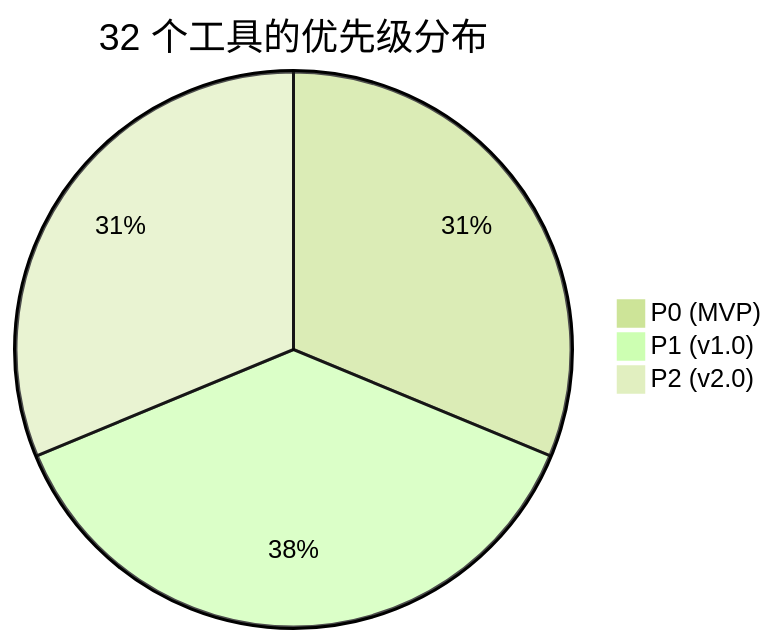
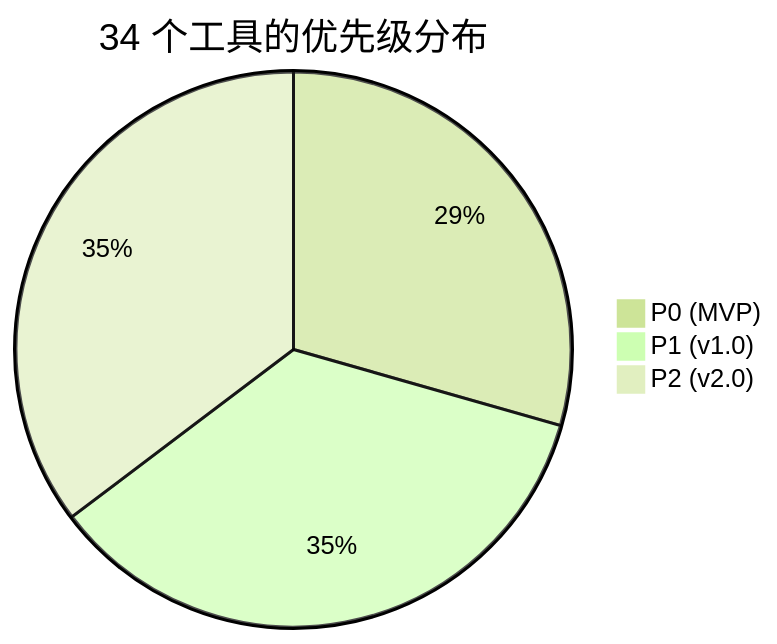
Before and after one commit to mecoren/qraft: the second of 2 diagrams in prd/07-tool-catalog.md, drawn with Mermaid (forest theme). The commit also changed other lines of this file and 203 other files, not shown here.

````diff
--- a/prd/07-tool-catalog.md
+++ b/prd/07-tool-catalog.md
@@ -488,6 +488,6 @@
 ```mermaid
-pie title 32 个工具的优先级分布
+pie title 34 个工具的优先级分布
     "P0 (MVP)" : 10
     "P1 (v1.0)" : 12
-    "P2 (v2.0)" : 10
+    "P2 (v2.0)" : 12
 ```
````
